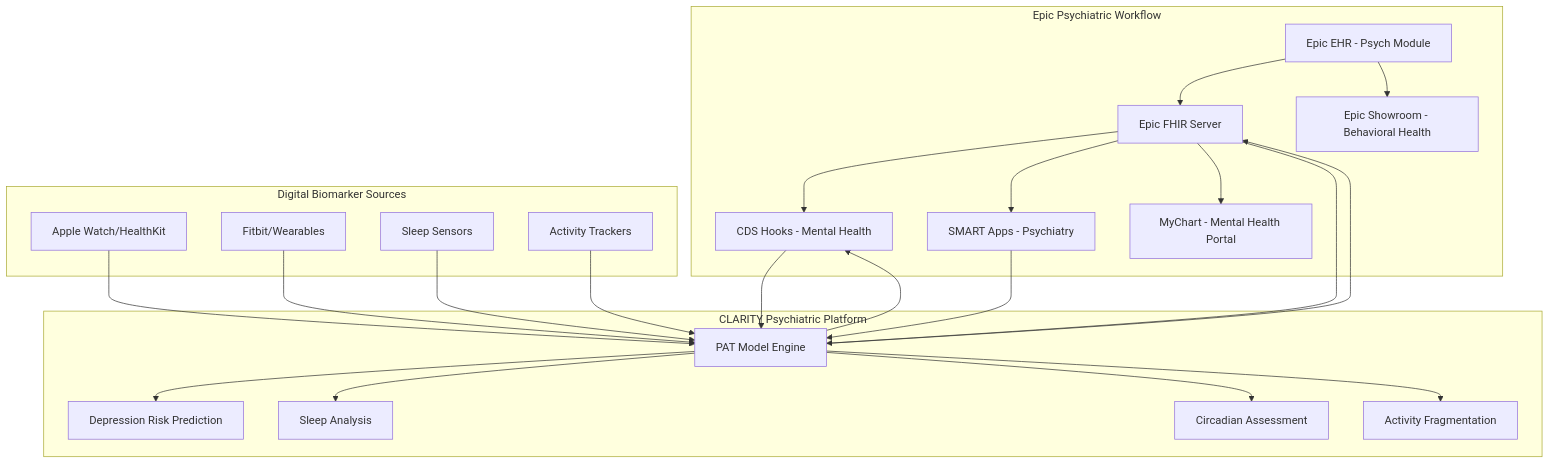
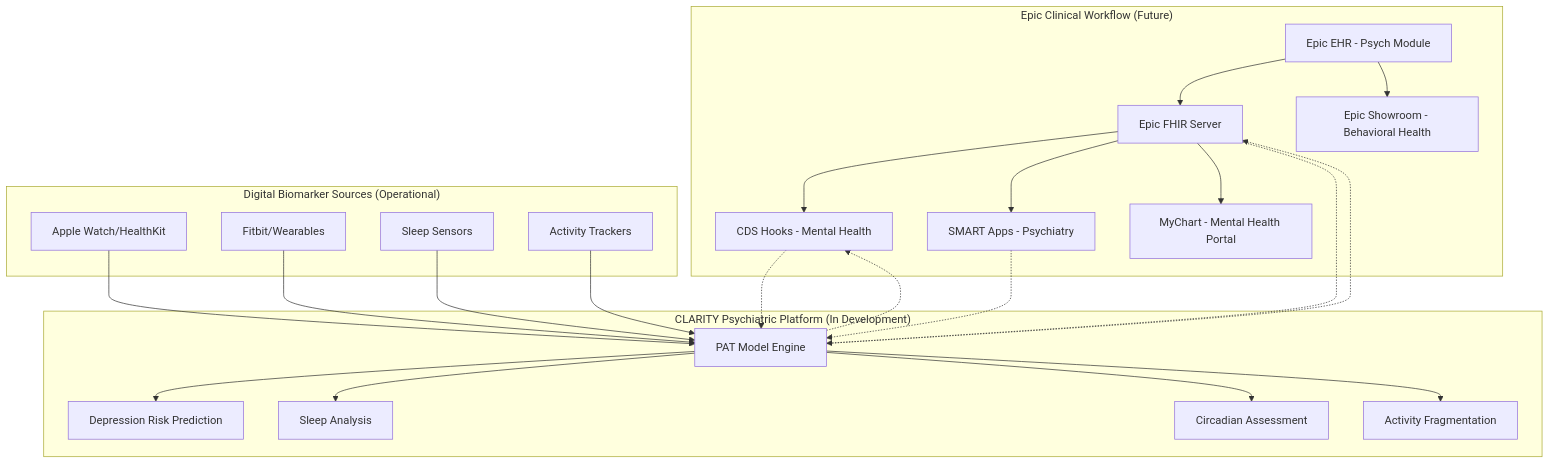
The first of 2 diagrams in EPIC_INTEGRATION.md (Clairty-Digital-Twin/clarity-loop-backend), drawn with Mermaid before and after one commit. The commit also changed other lines of this file and 1 other file, not shown here.

First line of the commit message:
docs: Update contributing guidelines and EPIC integration roadmap

````diff
--- a/EPIC_INTEGRATION.md
+++ b/EPIC_INTEGRATION.md
@@ -11,30 +15,30 @@
 ```mermaid
 graph TB
-    subgraph "Epic Psychiatric Workflow"
+    subgraph "Epic Clinical Workflow (Future)"
         A[Epic EHR - Psych Module] --> B[Epic FHIR Server]
         B --> C[CDS Hooks - Mental Health]
         B --> D[SMART Apps - Psychiatry]
         B --> E[MyChart - Mental Health Portal]
         A --> F[Epic Showroom - Behavioral Health]
     end
     
-    subgraph "CLARITY Psychiatric Platform"
+    subgraph "CLARITY Psychiatric Platform (In Development)"
         G[PAT Model Engine] --> H[Depression Risk Prediction]
         G --> I[Sleep Analysis]
         G --> J[Circadian Assessment]
         G --> K[Activity Fragmentation]
     end
     
-    subgraph "Digital Biomarker Sources"
+    subgraph "Digital Biomarker Sources (Operational)"
         L[Apple Watch/HealthKit] --> G
         M[Fitbit/Wearables] --> G
         N[Sleep Sensors] --> G
         O[Activity Trackers] --> G
     end
     
-    B --> G
-    C --> G
-    D --> G
-    G --> B
-    G --> C
+    B -.-> G
+    C -.-> G
+    D -.-> G
+    G -.-> B
+    G -.-> C
 ```
````
